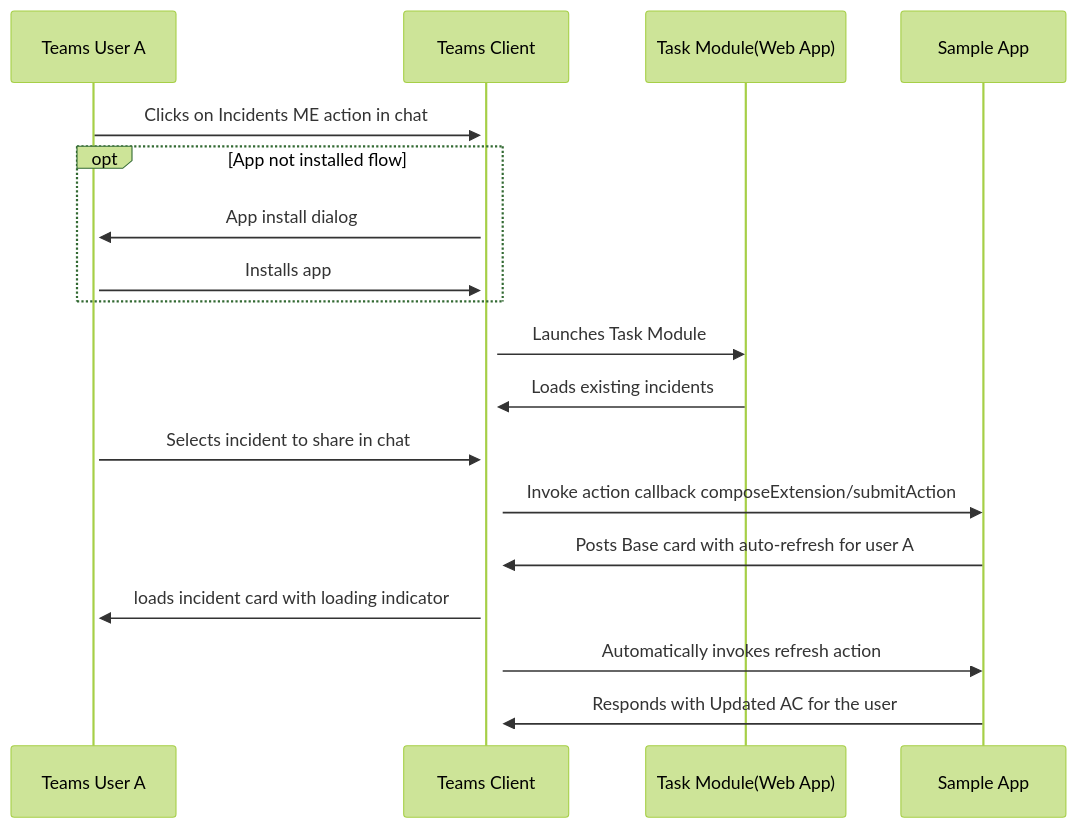
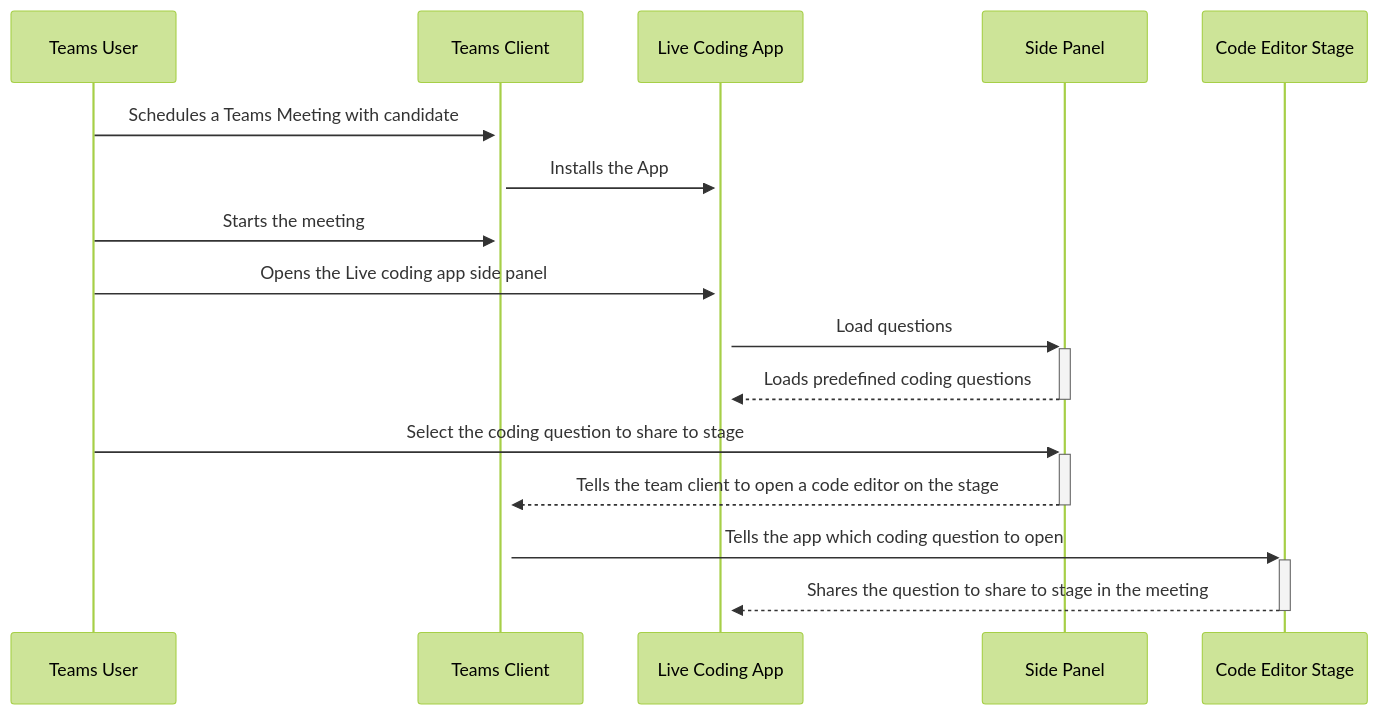
One commit to OfficeDev/Microsoft-Teams-Samples changed the diagram in samples/meetings-live-code-interview/nodejs/README.md. Above: the diagram before and after it, drawn with Mermaid (forest theme). The commit also changed other lines of this file, not shown here.

Commit message:
updating the workflow diagram

````diff
--- a/samples/meetings-live-code-interview/nodejs/README.md
+++ b/samples/meetings-live-code-interview/nodejs/README.md
@@ -27,31 +28,25 @@
 ```mermaid
 
 sequenceDiagram
 
-    Teams User A->>+Teams Client: Clicks on Incidents ME action in chat
+    Teams User->>+Teams Client: Schedules a Teams Meeting with candidate
 
-    opt App not installed flow
+    Teams Client->>+Live Coding App: Installs the App
 
-        Teams Client->>+Teams User A: App install dialog
+    Teams User->>+Teams Client: Starts the meeting
 
-        Teams User A->>+Teams Client: Installs app
+    Teams User->>+Live Coding App: Opens the Live coding app side panel
 
-    end  
+    Live Coding App->>+Side Panel: Load questions
 
-    Teams Client->>Task Module(Web App): Launches Task Module
+    Side Panel-->>-Live Coding App: Loads predefined coding questions
 
-    Task Module(Web App)->>+Teams Client: Loads existing incidents
+    Teams User->>+Side Panel: Select the coding question to share to stage
 
-    Teams User A->>Teams Client: Selects incident to share in chat
+    Side Panel-->>-Teams Client: Tells the team client to open a code editor on the stage
 
-    Teams Client->>Sample App: Invoke action callback composeExtension/submitAction
+    Teams Client->>+Code Editor Stage: Tells the app which coding question to open
 
-    Sample App->>Teams Client: Posts Base card with auto-refresh for user A
-
-    Teams Client->>Teams User A: loads incident card with loading indicator
-
-    Teams Client->>Sample App: Automatically invokes refresh action
-
-    Sample App->>Teams Client: Responds with Updated AC for the user
+    Code Editor Stage-->>-Live Coding App: Shares the question to share to stage in the meeting
 
 ```
````
